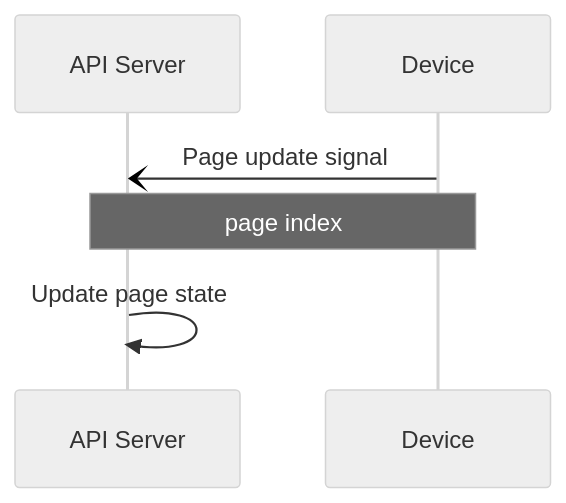
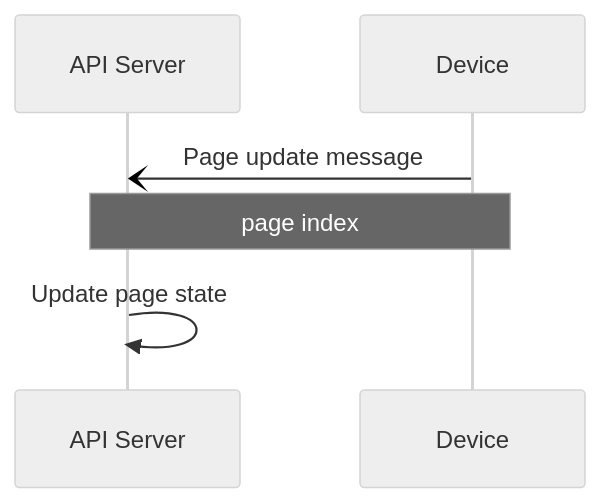
Before and after one commit to PDA-UR/inkplate-printer: the second of 3 diagrams in docs/communication.md, drawn with Mermaid (neutral theme). The commit also changed other lines of this file and 13 other files, not shown here.

````diff
--- a/docs/communication.md
+++ b/docs/communication.md
@@ -66,10 +66,10 @@
 ```mermaid
 sequenceDiagram
     participant S as API Server
     participant D as Device
 
-    D -) S: Page update signal
+    D -) S: Page update message
     Note over S,D: page index
 
     S ->> S: Update page state
 ```
````
